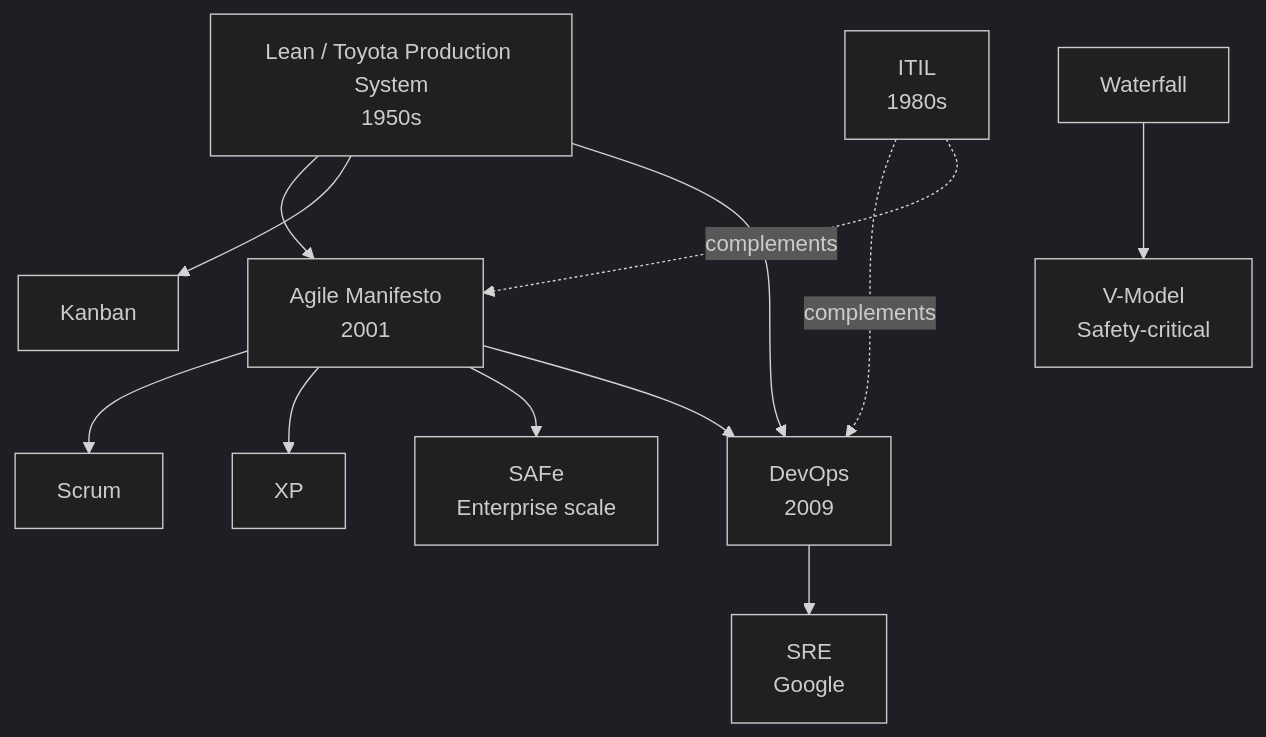
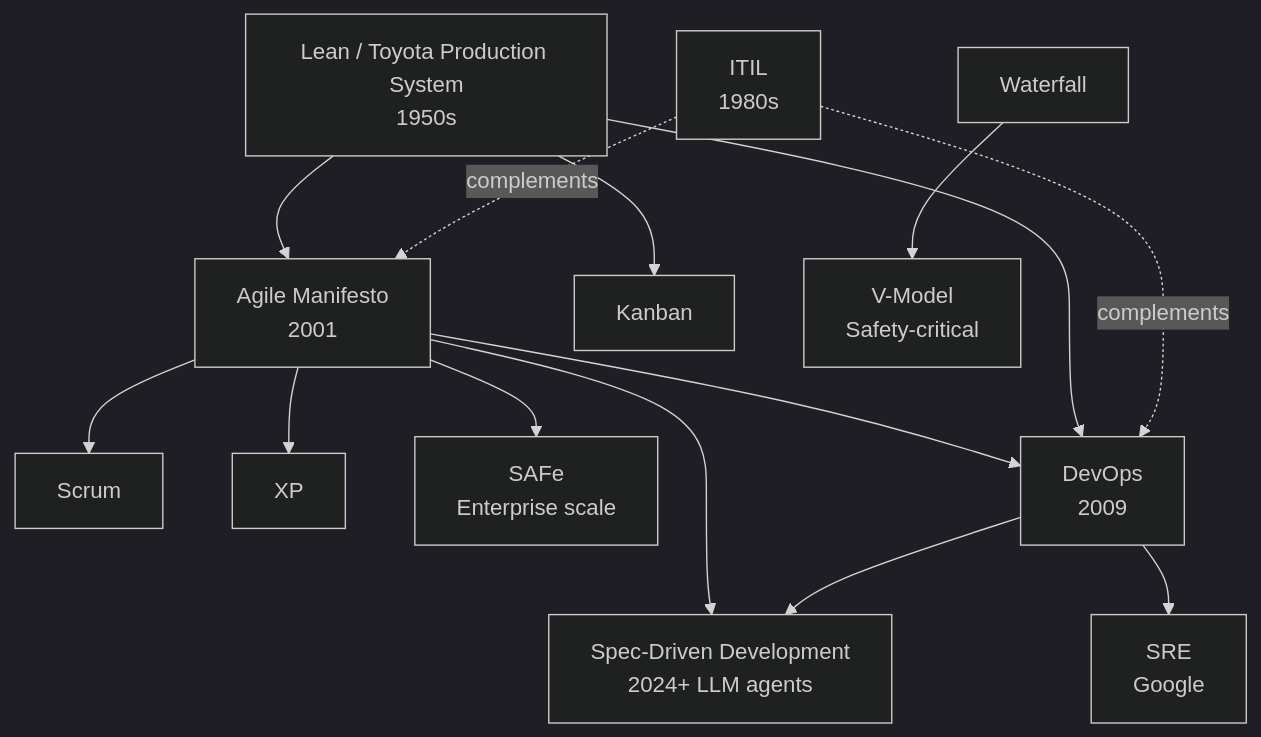
One commit to italosalgado14/methodology-cheatsheets changed the diagram in README.md. Above: the diagram before and after it, drawn with Mermaid (dark theme). The commit also changed other lines of this file and 2 other files, not shown here.

````diff
--- a/README.md
+++ b/README.md
@@ -29,14 +30,16 @@
 ```mermaid
 flowchart TB
     Lean[Lean / Toyota Production System<br/>1950s] --> Agile[Agile Manifesto<br/>2001]
     Lean --> Kanban[Kanban]
     Agile --> Scrum[Scrum]
     Agile --> XP[XP]
     Agile --> SAFe[SAFe<br/>Enterprise scale]
     Agile --> DevOps[DevOps<br/>2009]
     Lean --> DevOps
     DevOps --> SRE[SRE<br/>Google]
     ITIL[ITIL<br/>1980s] -.complements.-> DevOps
     ITIL -.complements.-> Agile
     Waterfall[Waterfall] --> VModel[V-Model<br/>Safety-critical]
+    Agile --> SDD[Spec-Driven Development<br/>2024+ LLM agents]
+    DevOps --> SDD
 ```
````
